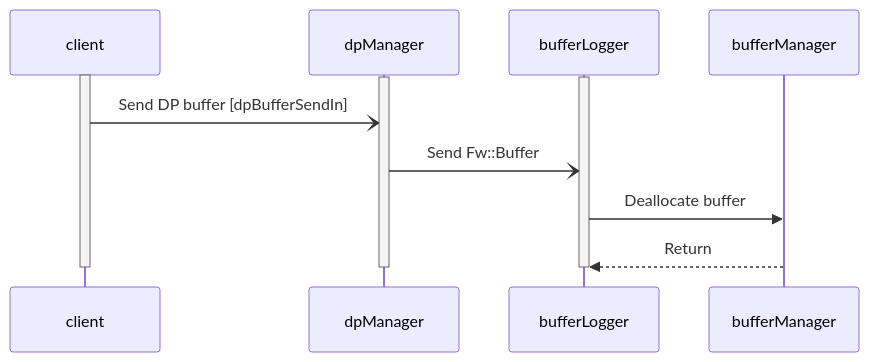
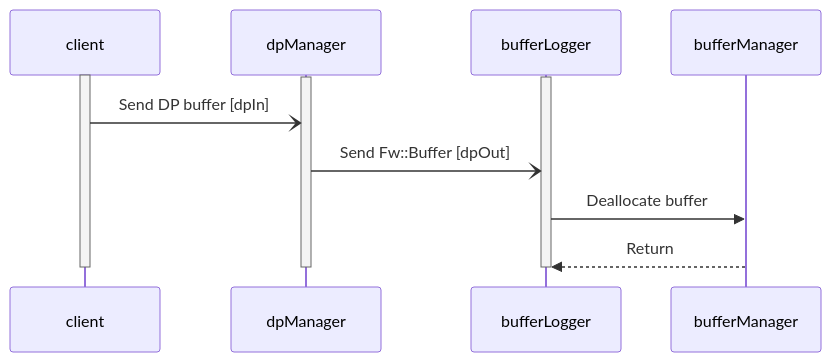
One commit to bocchino/fprime changed the second of 2 diagrams in Svc/DpManager/docs/sdd.md. Above: the diagram before and after it, drawn with Mermaid. The commit also changed other lines of this file, not shown here.

Commit message:
Revise DpManager SDD

````diff
--- a/Svc/DpManager/docs/sdd.md
+++ b/Svc/DpManager/docs/sdd.md
@@ -160,13 +160,13 @@
 ```mermaid
 sequenceDiagram
     activate client
     activate dpManager
     activate bufferLogger
-    client-)dpManager: Send DP buffer [dpBufferSendIn]
-    dpManager-)bufferLogger: Send Fw::Buffer
+    client-)dpManager: Send DP buffer [dpIn]
+    dpManager-)bufferLogger: Send Fw::Buffer [dpOut]
     bufferLogger->>bufferManager: Deallocate buffer
     bufferManager-->>bufferLogger: Return
     deactivate bufferLogger
     deactivate dpManager
     deactivate client
 ```
````
